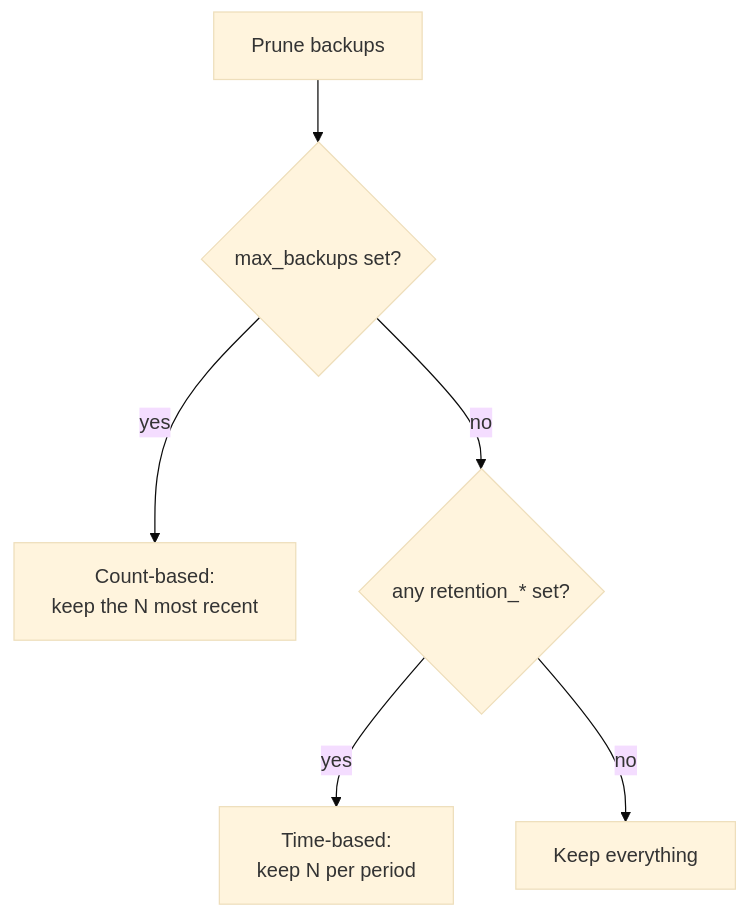
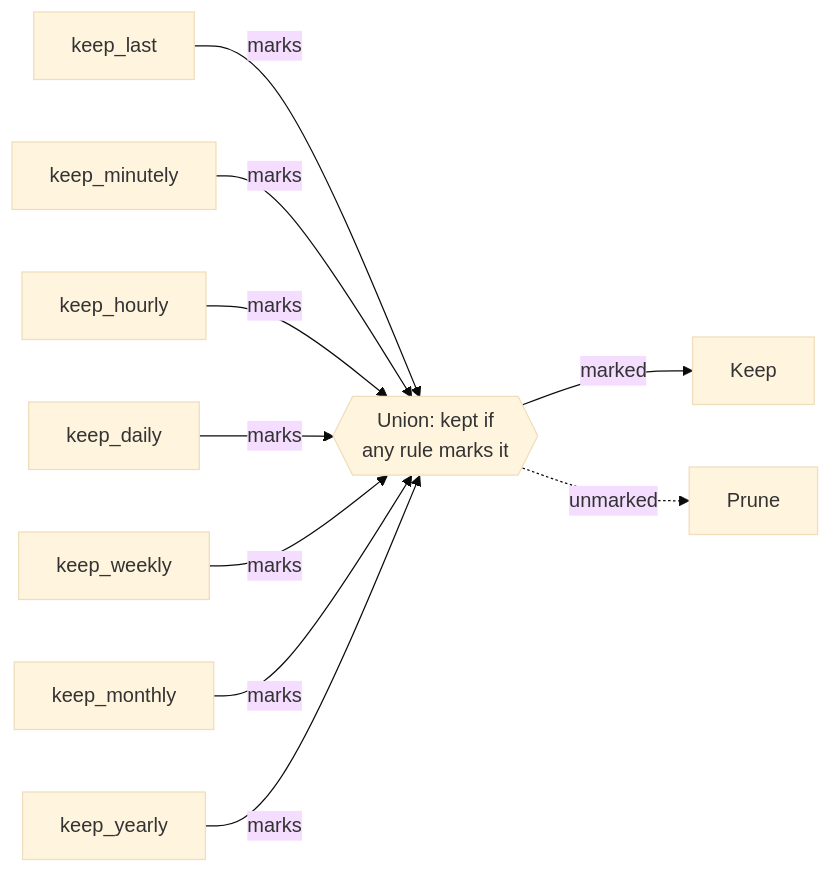
Before and after one commit to natelandau/ezbak: the diagram in docs/guides/retention.md, drawn with Mermaid (base theme). The commit also changed other lines of this file and 27 other files, not shown here.

First line of the commit message:
feat(retention)!: replace policies with union keep rules (#59)

````diff
--- a/docs/guides/retention.md
+++ b/docs/guides/retention.md
@@ -8,8 +14,12 @@
 ```mermaid
-graph TD
-  A["Prune backups"] --> B{"max_backups set?"}
-  B -->|yes| C["Count-based:<br/>keep the N most recent"]
-  B -->|no| D{"any retention_* set?"}
-  D -->|yes| E["Time-based:<br/>keep N per period"]
-  D -->|no| F["Keep everything"]
+graph LR
+  A["keep_last"] -->|marks| U{{"Union: kept if<br/>any rule marks it"}}
+  B["keep_minutely"] -->|marks| U
+  C["keep_hourly"] -->|marks| U
+  D["keep_daily"] -->|marks| U
+  E["keep_weekly"] -->|marks| U
+  F["keep_monthly"] -->|marks| U
+  G["keep_yearly"] -->|marks| U
+  U -->|marked| K["Keep"]
+  U -.->|unmarked| P["Prune"]
 ```
````
